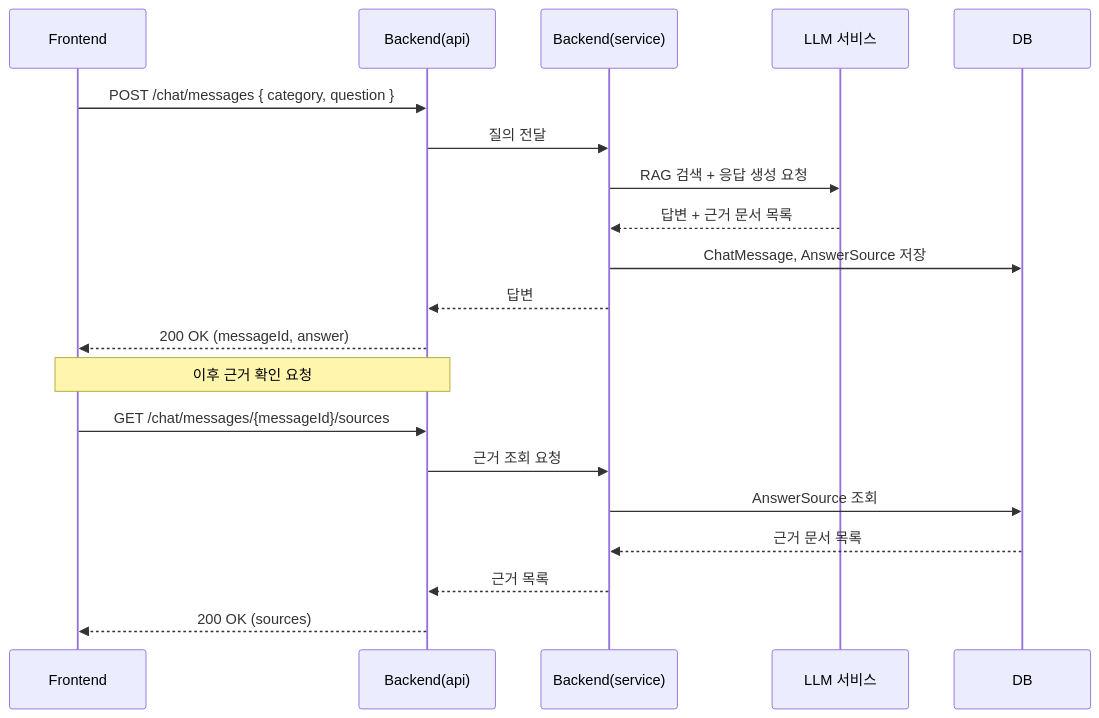
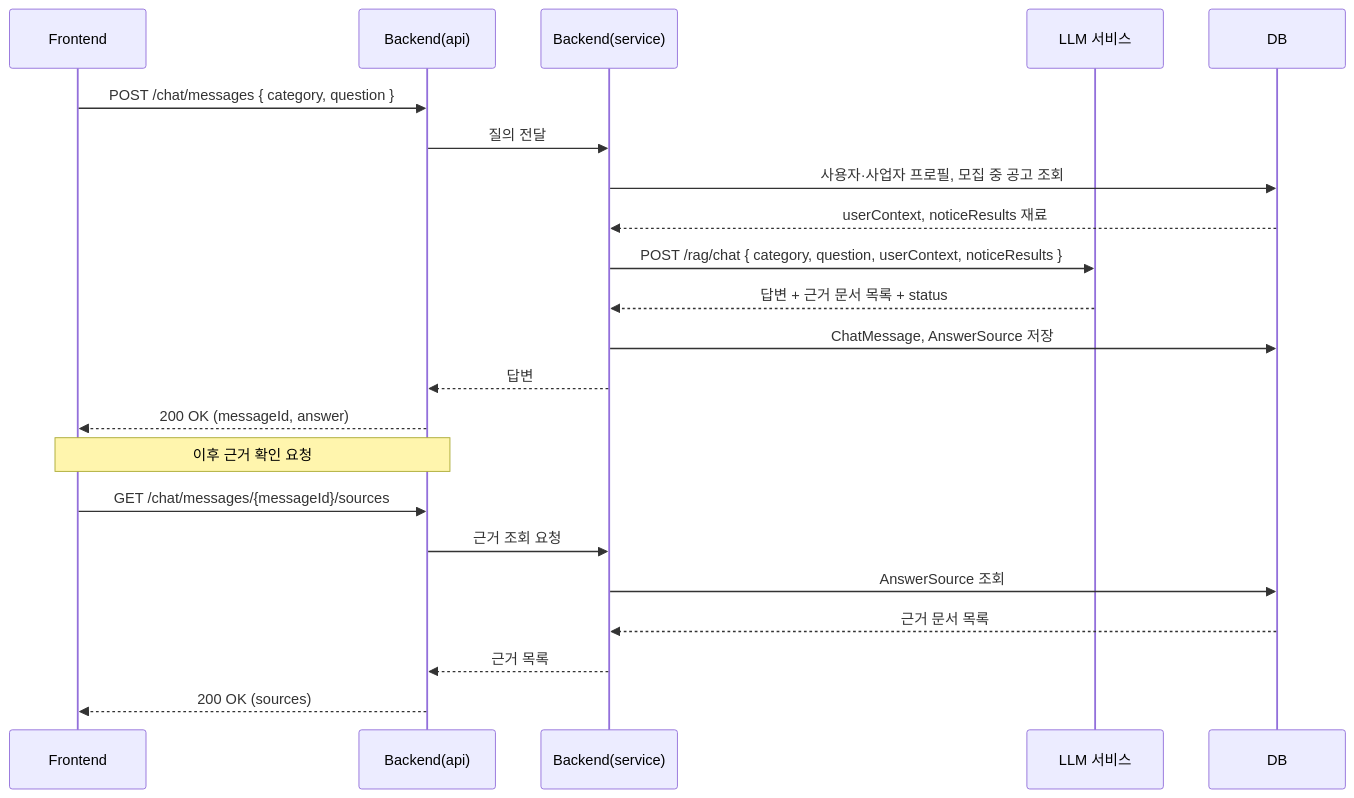
One commit to SKNETWORKS-FAMILY-AICAMP/SKN34-3rd-3Team changed the second of 4 diagrams in Docs/Design/SEQUENCE.md. Above: the diagram before and after it, drawn with Mermaid. The commit also changed other lines of this file and 13 other files, not shown here.

````diff
--- a/Docs/Design/SEQUENCE.md
+++ b/Docs/Design/SEQUENCE.md
@@ -31,24 +31,26 @@
 ```mermaid
 sequenceDiagram
     participant FE as Frontend
     participant API as Backend(api)
     participant SVC as Backend(service)
     participant LLM as LLM 서비스
     participant DB as DB
 
     FE->>API: POST /chat/messages { category, question }
     API->>SVC: 질의 전달
-    SVC->>LLM: RAG 검색 + 응답 생성 요청
-    LLM-->>SVC: 답변 + 근거 문서 목록
+    SVC->>DB: 사용자·사업자 프로필, 모집 중 공고 조회
+    DB-->>SVC: userContext, noticeResults 재료
+    SVC->>LLM: POST /rag/chat { category, question, userContext, noticeResults }
+    LLM-->>SVC: 답변 + 근거 문서 목록 + status
     SVC->>DB: ChatMessage, AnswerSource 저장
     SVC-->>API: 답변
     API-->>FE: 200 OK (messageId, answer)
 
     Note over FE,API: 이후 근거 확인 요청
     FE->>API: GET /chat/messages/{messageId}/sources
     API->>SVC: 근거 조회 요청
     SVC->>DB: AnswerSource 조회
     DB-->>SVC: 근거 문서 목록
     SVC-->>API: 근거 목록
     API-->>FE: 200 OK (sources)
 ```
````
